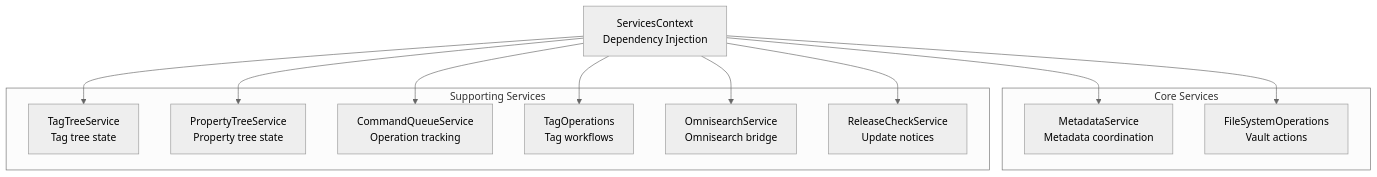
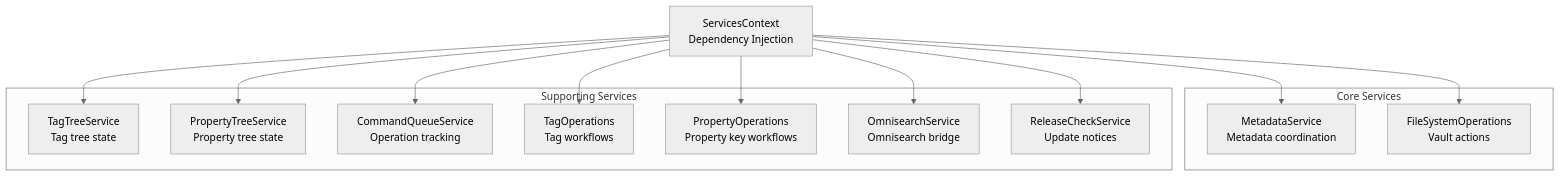
The first of 4 diagrams in docs/service-architecture.md (HEmile/notebook-navigator), drawn with Mermaid (neutral theme) before and after one commit. The commit also changed other lines of this file and 2 other files, not shown here.

````diff
--- a/docs/service-architecture.md
+++ b/docs/service-architecture.md
@@ -66,27 +67,29 @@
 ```mermaid
 graph TB
     ServicesContext["ServicesContext<br/>Dependency Injection"]
 
     subgraph "Core Services"
         MetadataService["MetadataService<br/>Metadata coordination"]
         FileSystemOperations["FileSystemOperations<br/>Vault actions"]
     end
 
     subgraph "Supporting Services"
         TagTreeService["TagTreeService<br/>Tag tree state"]
         PropertyTreeService["PropertyTreeService<br/>Property tree state"]
         CommandQueue["CommandQueueService<br/>Operation tracking"]
         TagOperations["TagOperations<br/>Tag workflows"]
+        PropertyOperations["PropertyOperations<br/>Property key workflows"]
         Omnisearch["OmnisearchService<br/>Omnisearch bridge"]
         ReleaseCheck["ReleaseCheckService<br/>Update notices"]
     end
 
     ServicesContext --> MetadataService
     ServicesContext --> FileSystemOperations
     ServicesContext --> TagTreeService
     ServicesContext --> PropertyTreeService
     ServicesContext --> CommandQueue
     ServicesContext --> TagOperations
+    ServicesContext --> PropertyOperations
     ServicesContext --> Omnisearch
     ServicesContext --> ReleaseCheck
 ```
````
